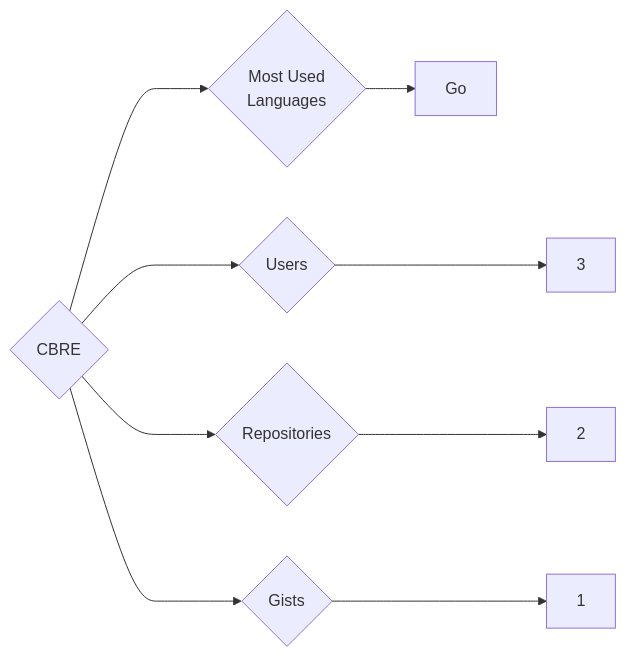
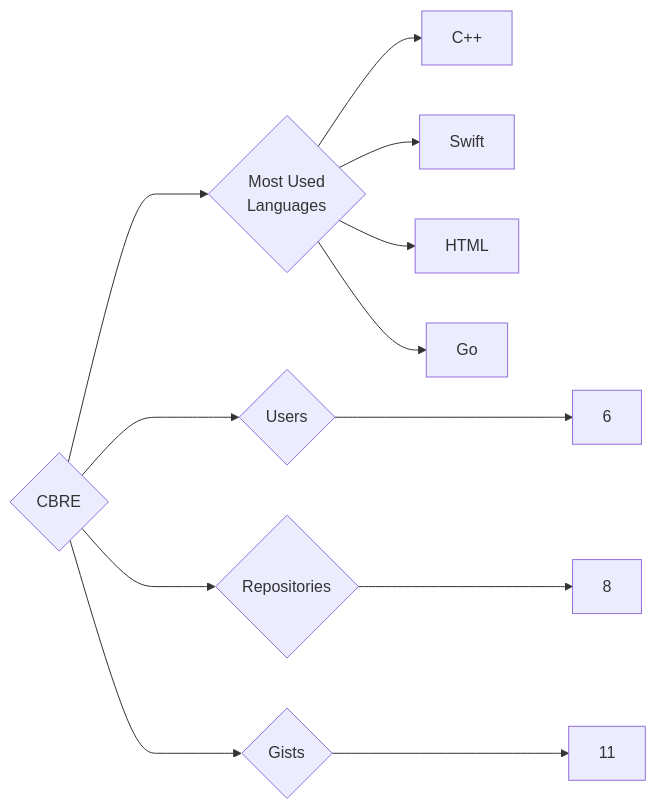
The diagram in targets/CBRE/README.md (trickest/insiders), drawn with Mermaid before and after one commit. The commit also changed 1084 other files, not shown here.

````diff
--- a/targets/CBRE/README.md
+++ b/targets/CBRE/README.md
@@ -3,9 +3,12 @@
 ```mermaid
 graph LR
 COMPANY_NAME{CBRE}
-COMPANY_NAME ---> U{Users} ---> UN[3]
-COMPANY_NAME ---> R{Repositories} ---> RN[2]
-COMPANY_NAME ---> G{Gists} ---> GN[1]
+COMPANY_NAME ---> U{Users} ---> UN[6]
+COMPANY_NAME ---> R{Repositories} ---> RN[8]
+COMPANY_NAME ---> G{Gists} ---> GN[11]
 COMPANY_NAME ---> ML{Most Used<br>Languages}
+ML --> C++[C++]
+ML --> Swift[Swift]
+ML --> HTML[HTML]
 ML --> Go[Go]
 ```
````
